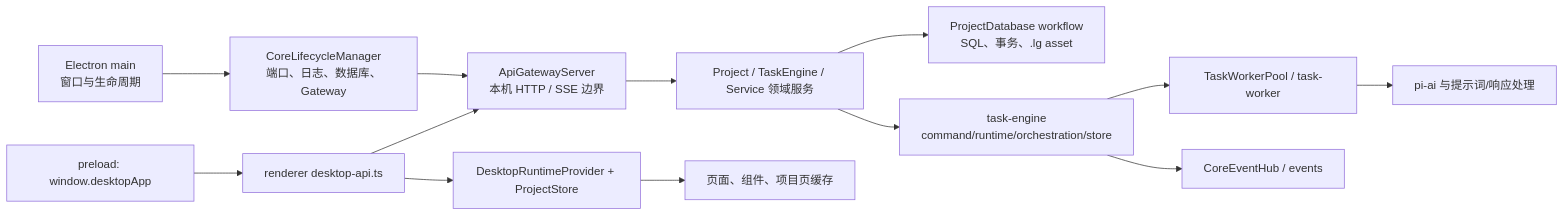
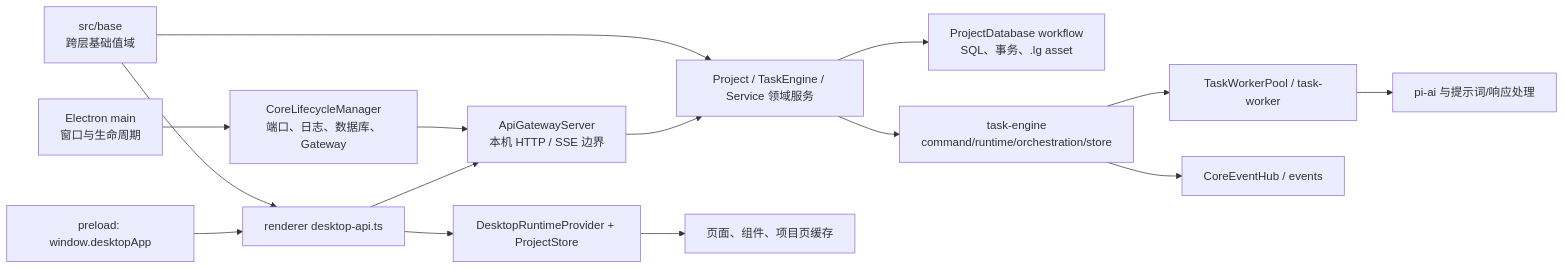
Before and after one commit to neavo/LinguaGacha: the first of 3 diagrams in docs/ARCHITECTURE.md, drawn with Mermaid. The commit also changed other lines of this file and 93 other files, not shown here.

````diff
--- a/docs/ARCHITECTURE.md
+++ b/docs/ARCHITECTURE.md
@@ -17,15 +18,17 @@
 ```mermaid
 flowchart LR
+  N["src/base<br/>跨层基础值域"] --> D
+  N --> J
   A["Electron main<br/>窗口与生命周期"] --> B["CoreLifecycleManager<br/>端口、日志、数据库、Gateway"]
   B --> C["ApiGatewayServer<br/>本机 HTTP / SSE 边界"]
   C --> D["Project / TaskEngine / Service 领域服务"]
   D --> E["ProjectDatabase workflow<br/>SQL、事务、.lg asset"]
   D --> F["task-engine<br/>command/runtime/orchestration/store"]
   F --> G["TaskWorkerPool / task-worker"]
   G --> H["pi-ai 与提示词/响应处理"]
   F --> M["CoreEventHub / events"]
   I["preload: window.desktopApp"] --> J["renderer desktop-api.ts"]
   J --> C
   J --> K["DesktopRuntimeProvider + ProjectStore"]
   K --> L["页面、组件、项目页缓存"]
 ```
````
